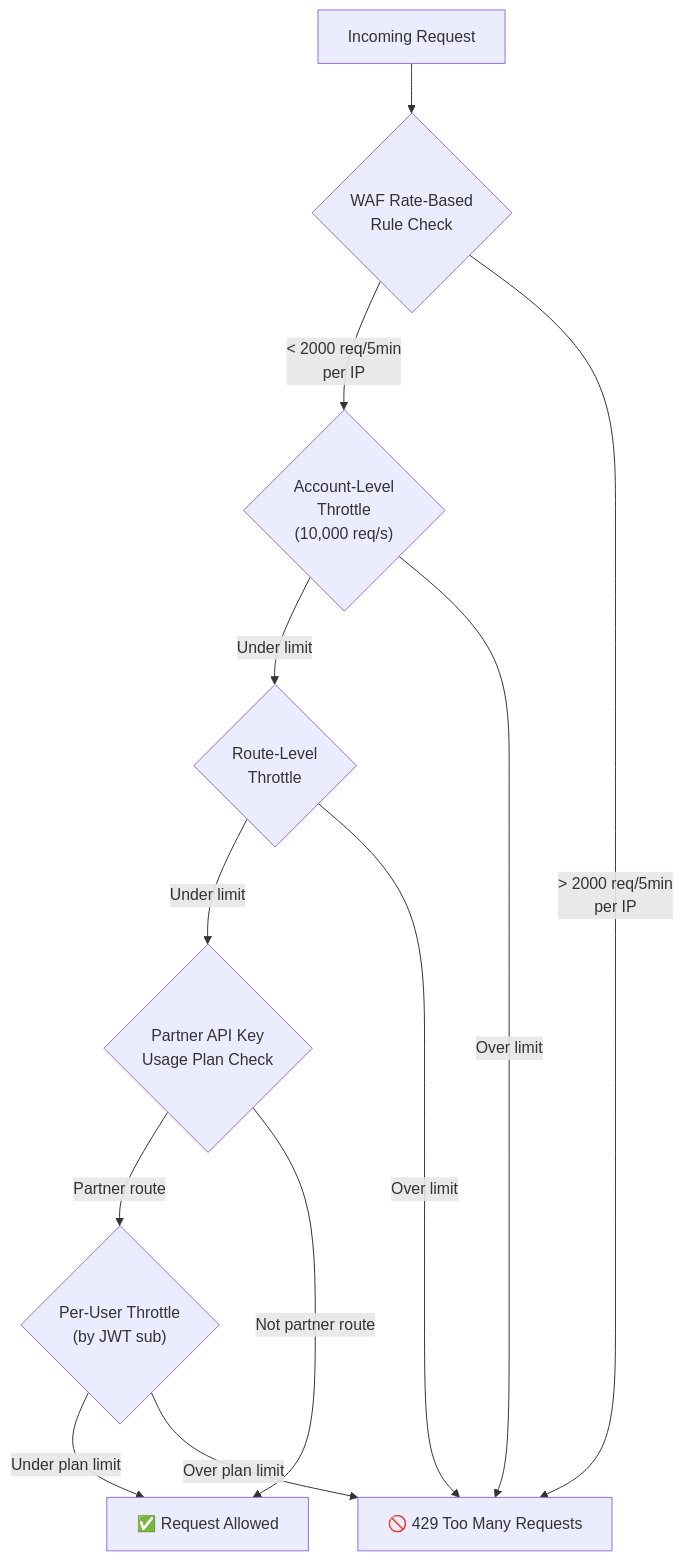
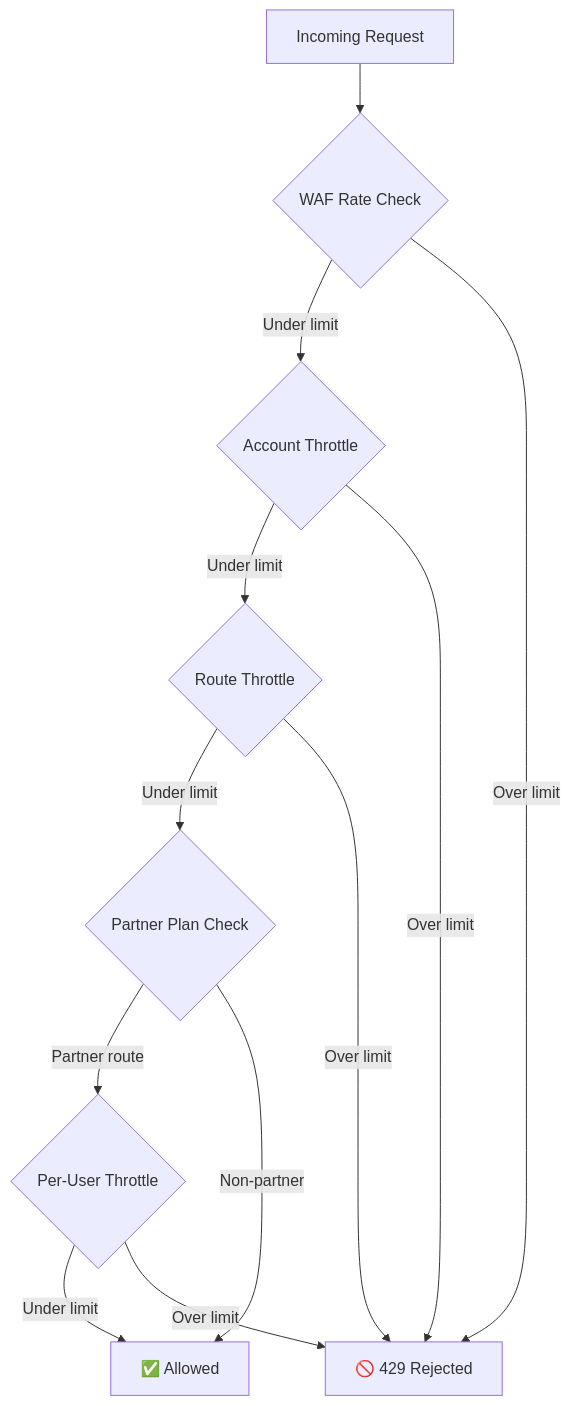
The second of 3 diagrams in 04-infrastructure-and-cloud/07-api-gateway-strategy.md (rishikeshdhokare/platform-manifesto), drawn with Mermaid before and after one commit. The commit also changed other lines of this file and 12 other files, not shown here.

First line of the commit message:
fix: refactor Mermaid diagrams for compliance (#135)

````diff
--- a/04-infrastructure-and-cloud/07-api-gateway-strategy.md
+++ b/04-infrastructure-and-cloud/07-api-gateway-strategy.md
@@ -230,23 +234,23 @@
 ```mermaid
 flowchart TD
     REQ["Incoming Request"]
-    WAFRL{"WAF Rate-Based<br/>Rule Check"}
-    APIGW_ACCT{"Account-Level<br/>Throttle<br/>(10,000 req/s)"}
-    APIGW_ROUTE{"Route-Level<br/>Throttle"}
-    PARTNER{"Partner API Key<br/>Usage Plan Check"}
-    USER{"Per-User Throttle<br/>(by JWT sub)"}
-    ALLOW["✅ Request Allowed"]
-    BLOCK["🚫 429 Too Many Requests"]
+    WAFRL{"WAF Rate Check"}
+    APIGW_ACCT{"Account Throttle"}
+    APIGW_ROUTE{"Route Throttle"}
+    PARTNER{"Partner Plan Check"}
+    USER{"Per-User Throttle"}
+    ALLOW["✅ Allowed"]
+    BLOCK["🚫 429 Rejected"]
 
     REQ --> WAFRL
-    WAFRL -->|"< 2000 req/5min<br/>per IP"| APIGW_ACCT
-    WAFRL -->|"> 2000 req/5min<br/>per IP"| BLOCK
+    WAFRL -->|"Under limit"| APIGW_ACCT
+    WAFRL -->|"Over limit"| BLOCK
     APIGW_ACCT -->|"Under limit"| APIGW_ROUTE
     APIGW_ACCT -->|"Over limit"| BLOCK
     APIGW_ROUTE -->|"Under limit"| PARTNER
     APIGW_ROUTE -->|"Over limit"| BLOCK
     PARTNER -->|"Partner route"| USER
-    PARTNER -->|"Not partner route"| ALLOW
-    USER -->|"Under plan limit"| ALLOW
-    USER -->|"Over plan limit"| BLOCK
+    PARTNER -->|"Non-partner"| ALLOW
+    USER -->|"Under limit"| ALLOW
+    USER -->|"Over limit"| BLOCK
 ```
````
